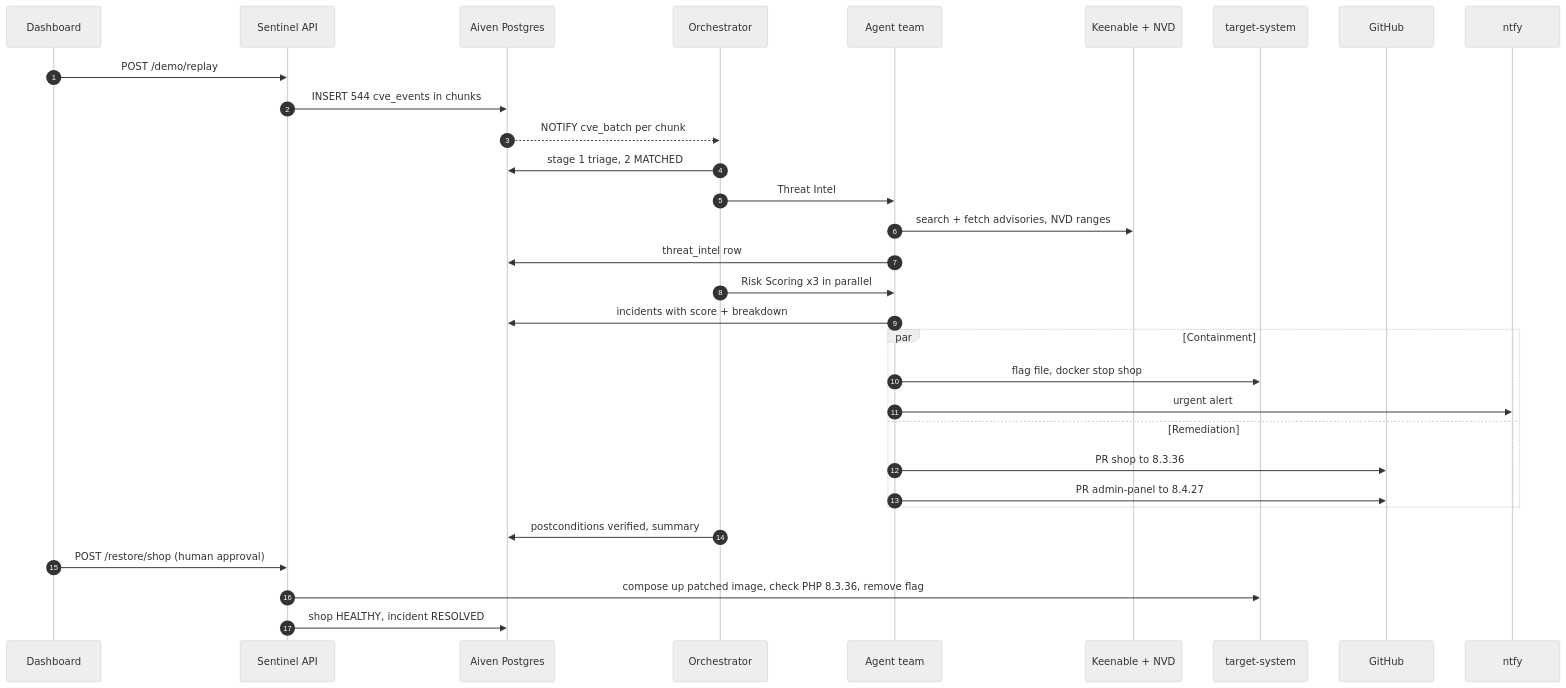
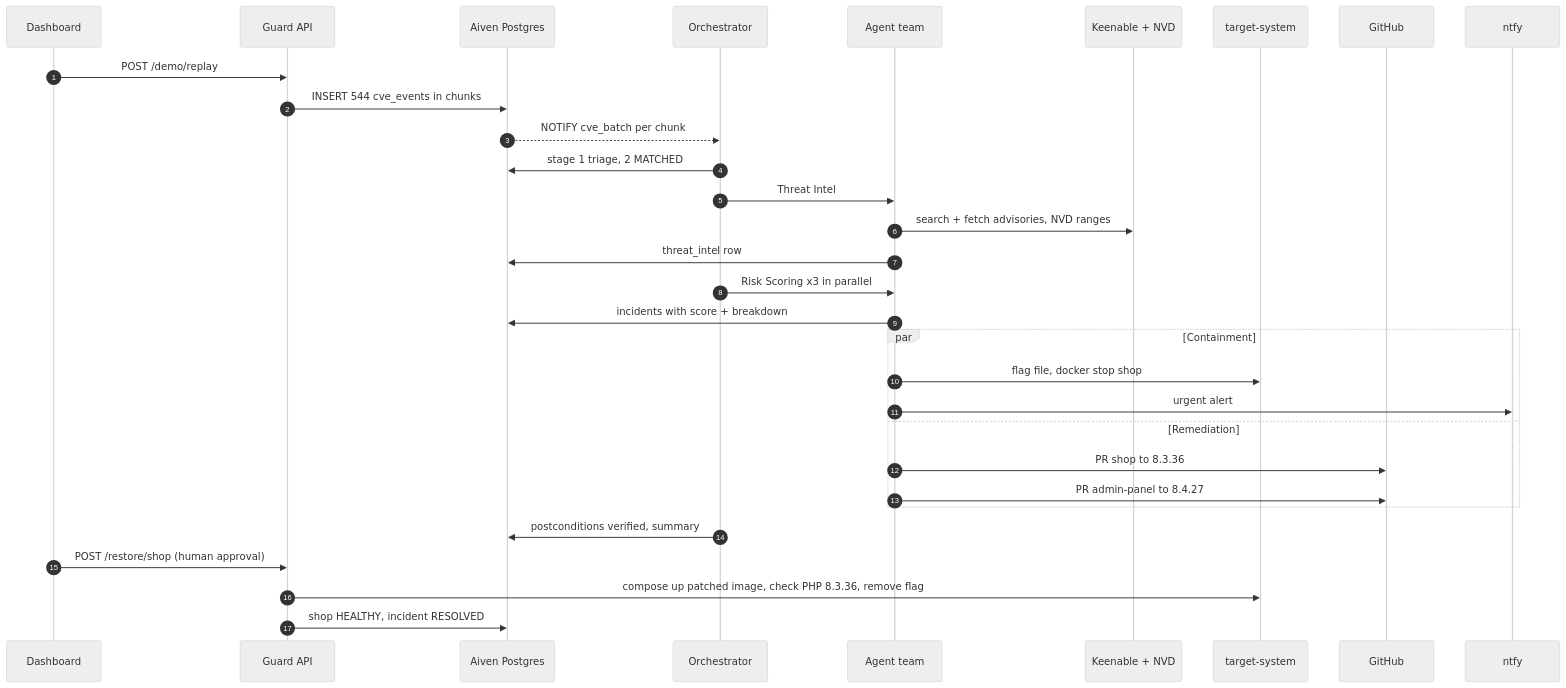
The sixth of 9 diagrams in docs/ARCHITECTURE.md (realsmt99/sentinel), drawn with Mermaid (neutral theme) before and after one commit. The commit also changed other lines of this file and 50 other files, not shown here.

````diff
--- a/docs/ARCHITECTURE.md
+++ b/docs/ARCHITECTURE.md
@@ -138,34 +138,34 @@
 ```mermaid
 sequenceDiagram
     autonumber
     participant Dash as Dashboard
-    participant API as Sentinel API
+    participant API as Guard API
     participant PG as Aiven Postgres
     participant Orch as Orchestrator
     participant Agents as Agent team
     participant Web as Keenable + NVD
     participant Sys as target-system
     participant GH as GitHub
     participant Phone as ntfy
 
     Dash->>API: POST /demo/replay
     API->>PG: INSERT 544 cve_events in chunks
     PG-->>Orch: NOTIFY cve_batch per chunk
     Orch->>PG: stage 1 triage, 2 MATCHED
     Orch->>Agents: Threat Intel
     Agents->>Web: search + fetch advisories, NVD ranges
     Agents->>PG: threat_intel row
     Orch->>Agents: Risk Scoring x3 in parallel
     Agents->>PG: incidents with score + breakdown
     par Containment
         Agents->>Sys: flag file, docker stop shop
         Agents->>Phone: urgent alert
     and Remediation
         Agents->>GH: PR shop to 8.3.36
         Agents->>GH: PR admin-panel to 8.4.27
     end
     Orch->>PG: postconditions verified, summary
     Dash->>API: POST /restore/shop (human approval)
     API->>Sys: compose up patched image, check PHP 8.3.36, remove flag
     API->>PG: shop HEALTHY, incident RESOLVED
 ```
````
